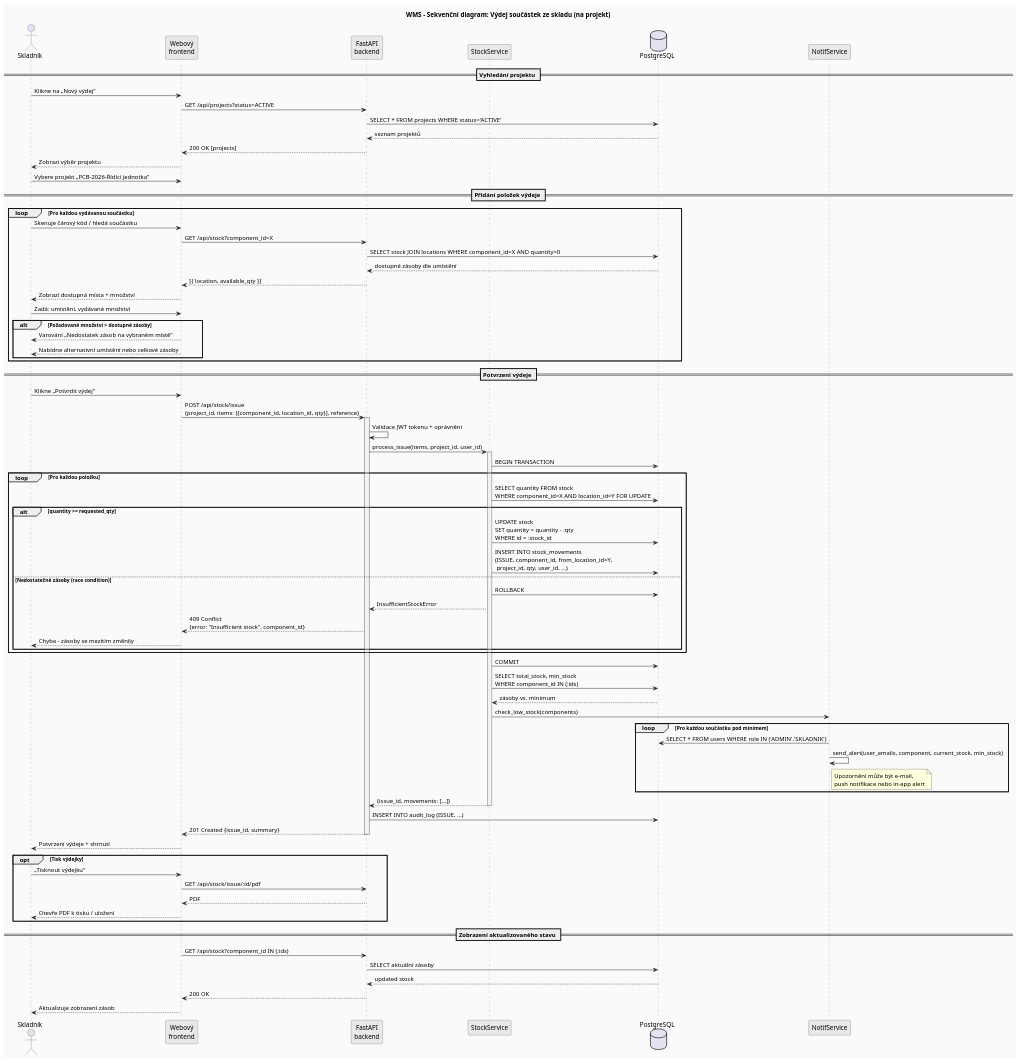
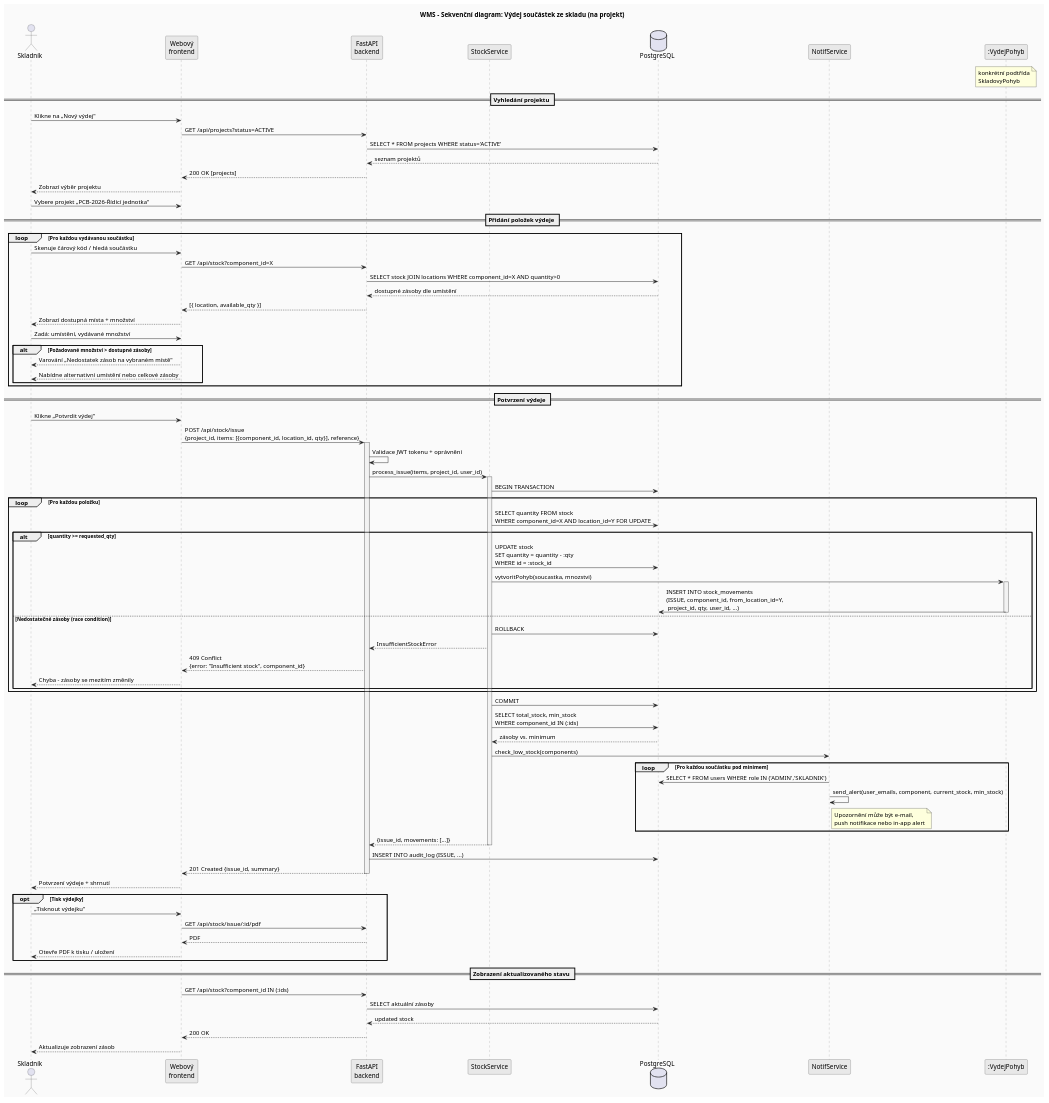
The diagram in diagrams/05_sequence_vydej.puml (lkvapil/kOdevzdaniProjektWMS), drawn with PlantUML before and after one commit. The commit also changed 6 other files, not shown here.

Commit message:
fix: oprav participanty SkladovyPohyb v sekvenčních diagramech

```diff
--- a/diagrams/05_sequence_vydej.puml
+++ b/diagrams/05_sequence_vydej.puml
@@ -1,119 +1,124 @@
 @startuml 05_sequence_vydej
 title WMS – Sekvenční diagram: Výdej součástek ze skladu (na projekt)
 
 skinparam backgroundColor #FAFAFA
 skinparam sequence {
   ArrowColor #222222
   ActorBorderColor #444444
   LifeLineBorderColor #888888
   LifeLineBackgroundColor #F2F2F2
   ParticipantBackgroundColor #E8E8E8
   ParticipantBorderColor #444444
   BoxBackgroundColor #F5F5F5
   BoxBorderColor #999999
 }
 
 actor "Skladník" as Skladnik
 participant "Webový\nfrontend" as UI
 participant "FastAPI\nbackend" as API
 participant "StockService" as SVC
 database "PostgreSQL" as DB
 participant "NotifService" as NOTIF
+participant ":VydejPohyb" as Pohyb
+note over Pohyb : konkrétní podtřída\nSkladovyPohyb
 
 == Vyhledání projektu ==
 
 Skladnik -> UI : Klikne na „Nový výdej"
 UI -> API : GET /api/projects?status=ACTIVE
 API -> DB : SELECT * FROM projects WHERE status='ACTIVE'
 DB --> API : seznam projektů
 API --> UI : 200 OK [projects]
 UI --> Skladnik : Zobrazí výběr projektu
 
 Skladnik -> UI : Vybere projekt „PCB-2026-Řídící jednotka"
 
 == Přidání položek výdeje ==
 
 loop Pro každou vydávanou součástku
   Skladnik -> UI : Skenuje čárový kód / hledá součástku
   UI -> API : GET /api/stock?component_id=X
   API -> DB : SELECT stock JOIN locations WHERE component_id=X AND quantity>0
   DB --> API : dostupné zásoby dle umístění
   API --> UI : [{ location, available_qty }]
   UI --> Skladnik : Zobrazí dostupná místa + množství
 
   Skladnik -> UI : Zadá: umístění, vydávané množství
   
   alt Požadované množství > dostupné zásoby
     UI --> Skladnik : Varování „Nedostatek zásob na vybraném místě"
     UI --> Skladnik : Nabídne alternativní umístění nebo celkové zásoby
   end
 end
 
 == Potvrzení výdeje ==
 
 Skladnik -> UI : Klikne „Potvrdit výdej"
 UI -> API : POST /api/stock/issue\n{project_id, items: [{component_id, location_id, qty}], reference}
 activate API
 
 API -> API : Validace JWT tokenu + oprávnění
 API -> SVC : process_issue(items, project_id, user_id)
 activate SVC
 
 SVC -> DB : BEGIN TRANSACTION
 
 loop Pro každou položku
   SVC -> DB : SELECT quantity FROM stock\nWHERE component_id=X AND location_id=Y FOR UPDATE
   
   alt quantity >= requested_qty
     SVC -> DB : UPDATE stock\nSET quantity = quantity - :qty\nWHERE id = :stock_id
     
-    SVC -> DB : INSERT INTO stock_movements\n(ISSUE, component_id, from_location_id=Y,\n project_id, qty, user_id, ...)
+    SVC -> Pohyb : vytvoritPohyb(soucastka, mnozstvi)
+    activate Pohyb
+    Pohyb -> DB : INSERT INTO stock_movements\n(ISSUE, component_id, from_location_id=Y,\n project_id, qty, user_id, ...)
+    deactivate Pohyb
   else Nedostatečné zásoby (race condition)
     SVC -> DB : ROLLBACK
     SVC --> API : InsufficientStockError
     API --> UI : 409 Conflict\n{error: "Insufficient stock", component_id}
     UI --> Skladnik : Chyba – zásoby se mezitím změnily
   end
 end
 
 SVC -> DB : COMMIT
 
 '── Kontrola minimálních zásob ─────────────────────────────────────────────
 SVC -> DB : SELECT total_stock, min_stock\nWHERE component_id IN (:ids)
 DB --> SVC : zásoby vs. minimum
 SVC -> NOTIF : check_low_stock(components)
 
 loop Pro každou součástku pod minimem
   NOTIF -> DB : SELECT * FROM users WHERE role IN ('ADMIN','SKLADNIK')
   NOTIF -> NOTIF : send_alert(user_emails, component, current_stock, min_stock)
   note right of NOTIF
     Upozornění může být e-mail,
     push notifikace nebo in-app alert
   end note
 end
 
 SVC --> API : {issue_id, movements: [...]}
 deactivate SVC
 
 API -> DB : INSERT INTO audit_log (ISSUE, ...)
 API --> UI : 201 Created {issue_id, summary}
 deactivate API
 
 UI --> Skladnik : Potvrzení výdeje + shrnutí
 
 opt Tisk výdejky
   Skladnik -> UI : „Tisknout výdejku"
   UI -> API : GET /api/stock/issue/:id/pdf
   API --> UI : PDF
   UI --> Skladnik : Otevře PDF k tisku / uložení
 end
 
 == Zobrazení aktualizovaného stavu ==
 
 UI -> API : GET /api/stock?component_id IN (:ids)
 API -> DB : SELECT aktuální zásoby
 DB --> API : updated stock
 API --> UI : 200 OK
 UI --> Skladnik : Aktualizuje zobrazení zásob
 
 @enduml
```
